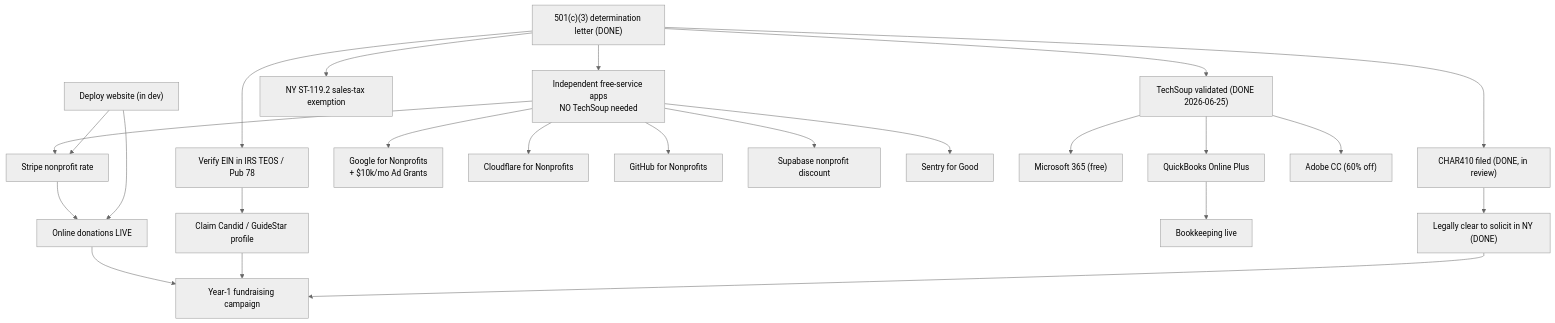
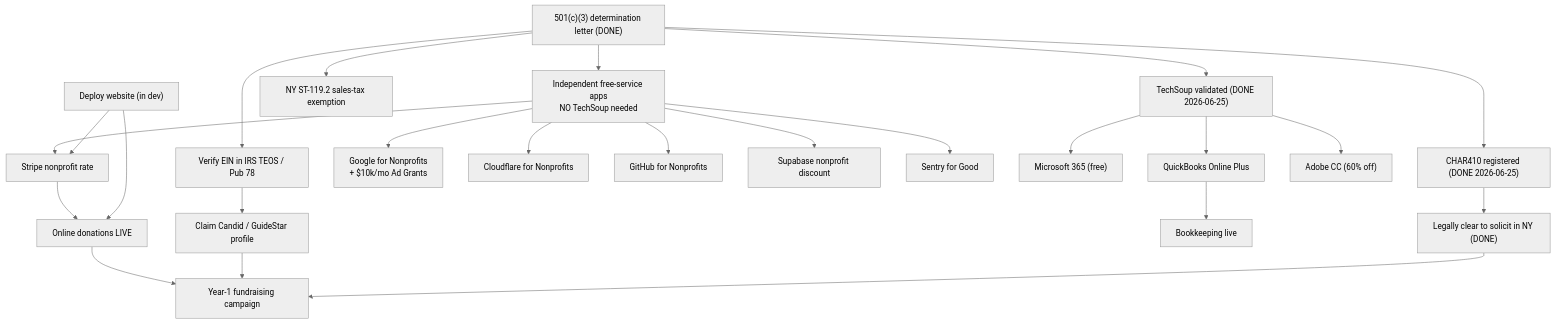
Before and after one commit to MOTIVE-4-ARTISTS/m4a: the first of 3 diagrams in docs/governance/roadmap.md, drawn with Mermaid (neutral theme). The commit also changed other lines of this file and 5 other files, not shown here.

````diff
--- a/docs/governance/roadmap.md
+++ b/docs/governance/roadmap.md
@@ -110,33 +110,33 @@
 ```mermaid
 flowchart TD
     det["501(c)(3) determination letter (DONE)"]
 
-    det --> char410["CHAR410 filed (DONE, in review)"]
+    det --> char410["CHAR410 registered (DONE 2026-06-25)"]
     det --> indep["Independent free-service apps<br/>NO TechSoup needed"]
     det --> techsoup["TechSoup validated (DONE 2026-06-25)"]
     det --> st1192["NY ST-119.2 sales-tax exemption"]
     det --> teos["Verify EIN in IRS TEOS / Pub 78"]
 
     indep --> stripe["Stripe nonprofit rate"]
     indep --> google["Google for Nonprofits<br/>+ $10k/mo Ad Grants"]
     indep --> cloudflare["Cloudflare for Nonprofits"]
     indep --> github["GitHub for Nonprofits"]
     indep --> supabase["Supabase nonprofit discount"]
     indep --> sentry["Sentry for Good"]
 
     techsoup --> ms["Microsoft 365 (free)"]
     techsoup --> qb["QuickBooks Online Plus"]
     techsoup --> adobe["Adobe CC (60% off)"]
 
     teos --> candid["Claim Candid / GuideStar profile"]
 
     website["Deploy website (in dev)"] --> stripe
     stripe --> giving["Online donations LIVE"]
     website --> giving
 
     qb --> books["Bookkeeping live"]
     char410 --> solicit["Legally clear to solicit in NY (DONE)"]
     giving --> campaign["Year-1 fundraising campaign"]
     candid --> campaign
     solicit --> campaign
 ```
````
